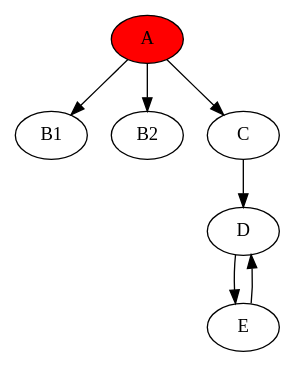
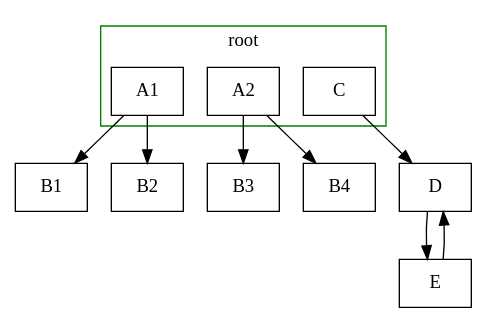
One commit to philippreinig/pgp changed the diagram in exercises/sheet2/a023-erreichbarkeitsgraph.dot. Above: the diagram before and after it, drawn with Graphviz. The commit also changed 2 other files, not shown here.

```diff
--- a/exercises/sheet2/a023-erreichbarkeitsgraph.dot
+++ b/exercises/sheet2/a023-erreichbarkeitsgraph.dot
@@ -1,9 +1,19 @@
 digraph G {
-  A [style=filled, fillcolor=red];
-  A -> B1;
-  A -> B2;
-  A -> C;
+  node[shape=rectangle]
+
+
+  subgraph cluster_1 {
+    label=root;
+    color=green;
+    A1;
+    A2;
+    C;
+  }
+  A1 -> B1;
+  A1 -> B2;
+  A2 -> B3;
+  A2 -> B4;
   C -> D;
   D -> E;
   E -> D;
 }
```
